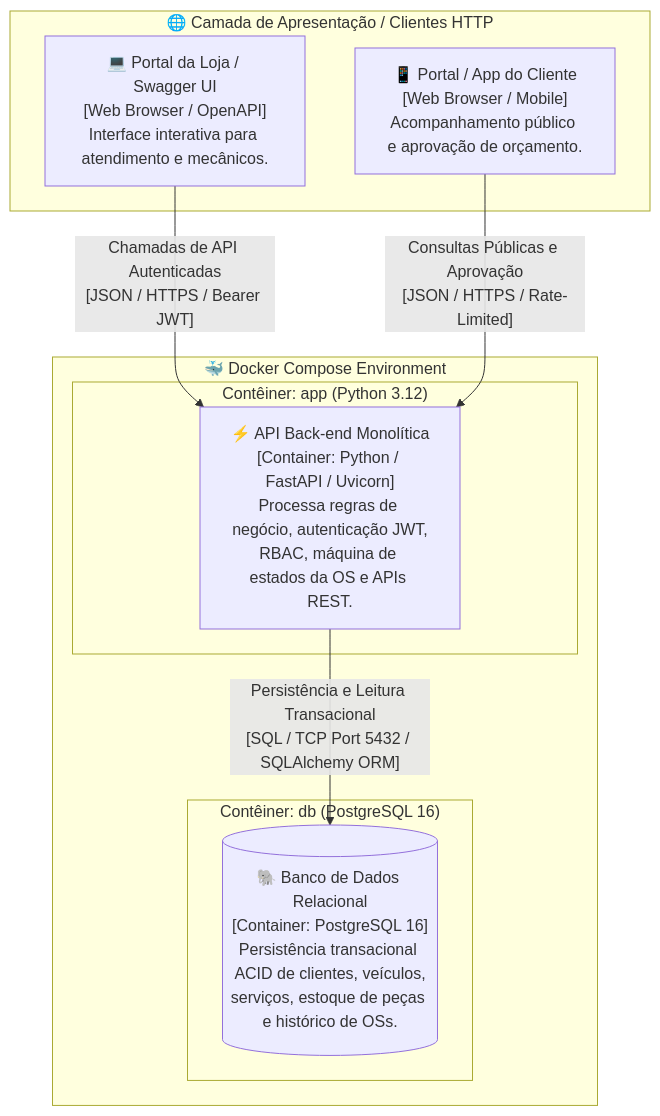
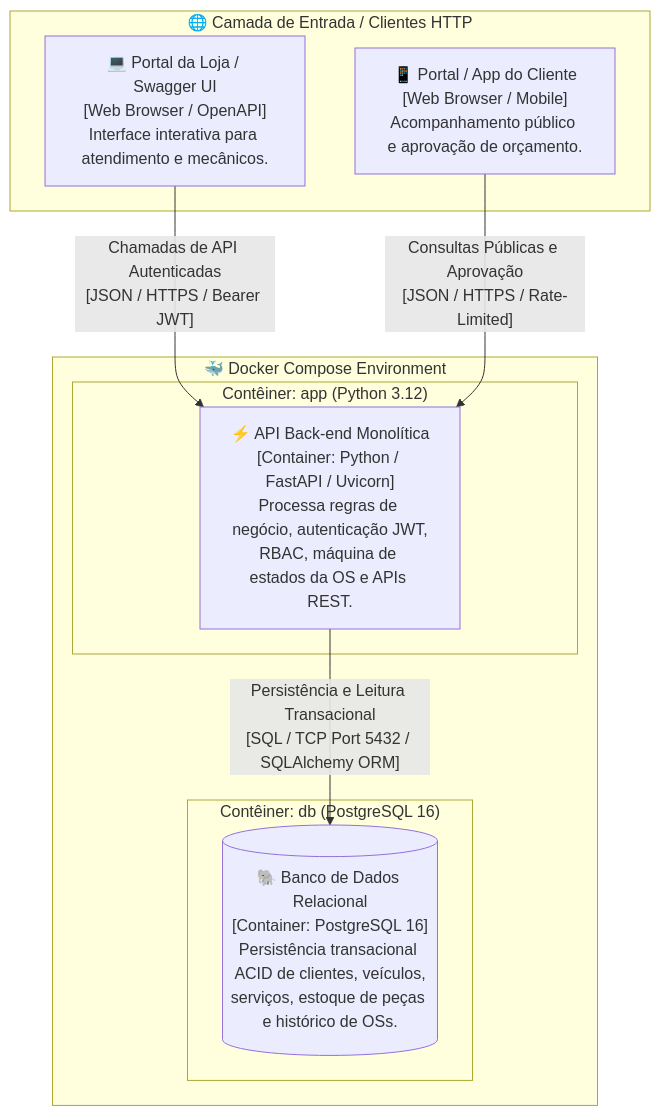
Before and after one commit to vieira-gabriel/FIAP_SIAES: the second of 4 diagrams in docs/ddd/c4-model.md, drawn with Mermaid. The commit also changed other lines of this file, not shown here.

````diff
--- a/docs/ddd/c4-model.md
+++ b/docs/ddd/c4-model.md
@@ -68,21 +68,21 @@
 ```mermaid
 flowchart TD
-    subgraph CLIENTES ["🌐 Camada de Apresentação / Clientes HTTP"]
+    subgraph CLIENTES ["🌐 Camada de Entrada / Clientes HTTP"]
         BrowserLoja["💻 Portal da Loja / Swagger UI\n[Web Browser / OpenAPI]\nInterface interativa para atendimento e mecânicos."]
         BrowserCliente["📱 Portal / App do Cliente\n[Web Browser / Mobile]\nAcompanhamento público e aprovação de orçamento."]
     end
 
     subgraph DOCKER_COMPOSE ["🐳 Docker Compose Environment"]
         subgraph BACKEND_CONTAINER ["Contêiner: app (Python 3.12)"]
             FastAPIApp["⚡ API Back-end Monolítica\n[Container: Python / FastAPI / Uvicorn]\nProcessa regras de negócio, autenticação JWT,\nRBAC, máquina de estados da OS e APIs REST."]
         end
 
         subgraph DATABASE_CONTAINER ["Contêiner: db (PostgreSQL 16)"]
             PostgresDB[("🐘 Banco de Dados Relacional\n[Container: PostgreSQL 16]\nPersistência transacional ACID de clientes, veículos,\nserviços, estoque de peças e histórico de OSs.")]
         end
     end
 
     BrowserLoja -->|"Chamadas de API Autenticadas\n[JSON / HTTPS / Bearer JWT]"| FastAPIApp
     BrowserCliente -->|"Consultas Públicas e Aprovação\n[JSON / HTTPS / Rate-Limited]"| FastAPIApp
     FastAPIApp -->|"Persistência e Leitura Transacional\n[SQL / TCP Port 5432 / SQLAlchemy ORM]"| PostgresDB
 ```
````
